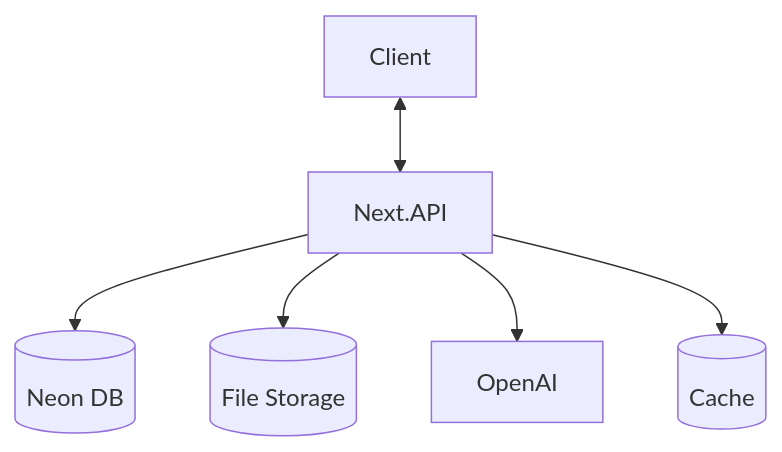
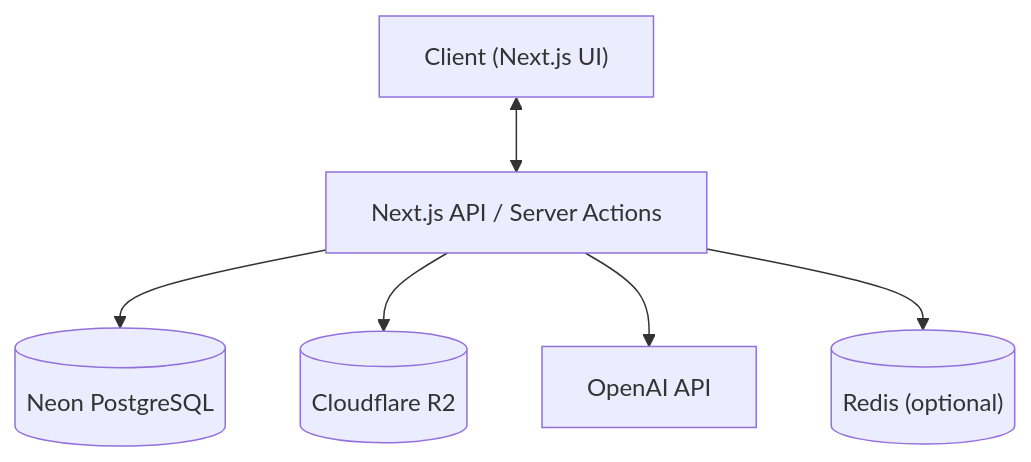
The second of 4 diagrams in context/project-overview.md (Mistesq/codevault), drawn with Mermaid before and after one commit. The commit also changed other lines of this file and 2 other files, not shown here.

````diff
--- a/context/project-overview.md
+++ b/context/project-overview.md
@@ -252,8 +315,8 @@
 ```mermaid
-graph TD;
-  Client <--> Next.API
-  Next.API --> Postgres[(Neon DB)]
-  Next.API --> R2[(File Storage)]
-  Next.API --> OpenAI
-  Next.API --> Redis[(Cache)]
+graph TD
+  Client["Client (Next.js UI)"] <--> API["Next.js API / Server Actions"]
+  API --> DB[("Neon PostgreSQL")]
+  API --> R2[("Cloudflare R2")]
+  API --> AI["OpenAI API"]
+  API --> Cache[("Redis (optional)")]
 ```
````
